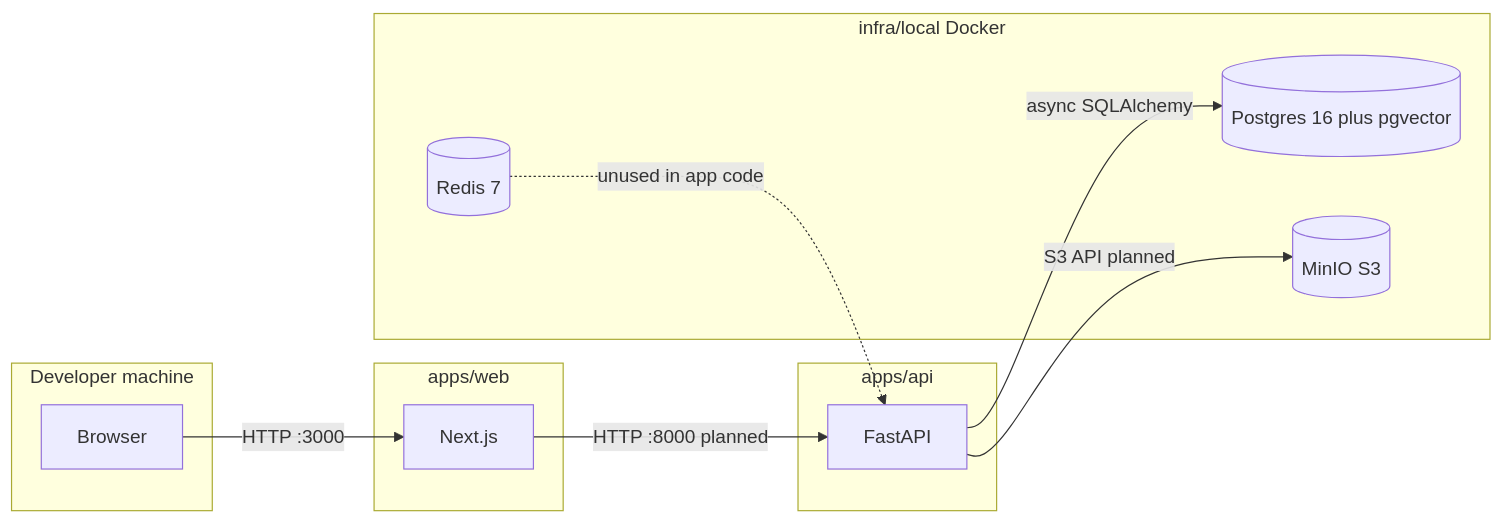
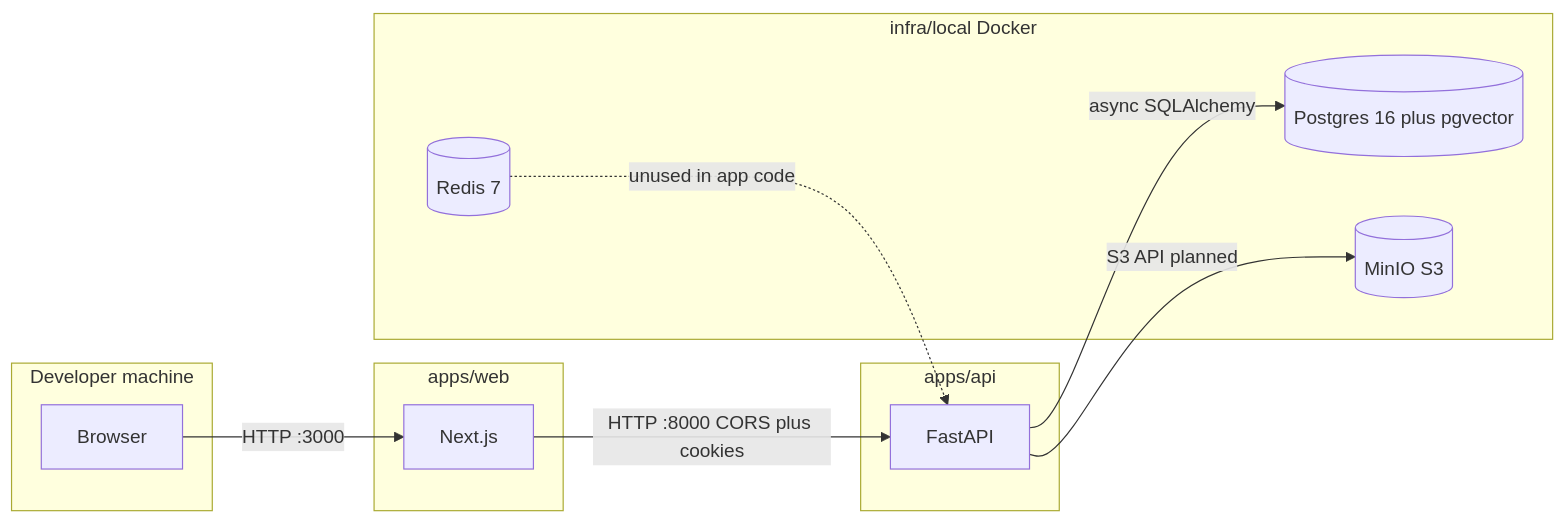
Before and after one commit to protektiq/wellfounded: the third of 4 diagrams in DATA_FLOW.md, drawn with Mermaid. The commit also changed other lines of this file and 24 other files, not shown here.

````diff
--- a/DATA_FLOW.md
+++ b/DATA_FLOW.md
@@ -43,23 +43,23 @@
 ```mermaid
 flowchart LR
   subgraph client [Developer machine]
     Browser[Browser]
   end
   subgraph web [apps/web]
     Next[Next.js]
   end
   subgraph api [apps/api]
     FastAPI[FastAPI]
   end
   subgraph infra [infra/local Docker]
     Postgres[(Postgres 16 plus pgvector)]
     MinIO[(MinIO S3)]
     Redis[(Redis 7)]
   end
 
   Browser -->|HTTP :3000| Next
-  Next -->|HTTP :8000 planned| FastAPI
+  Next -->|HTTP :8000 CORS plus cookies| FastAPI
   FastAPI -->|async SQLAlchemy| Postgres
   FastAPI -->|S3 API planned| MinIO
   Redis -.->|unused in app code| FastAPI
 ```
````
